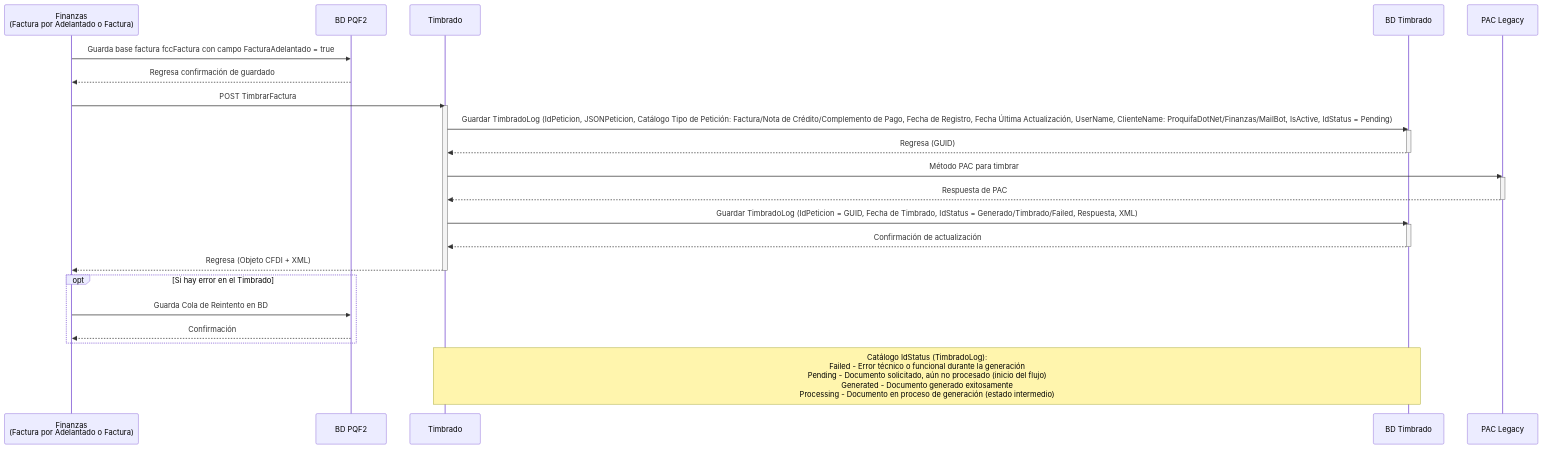
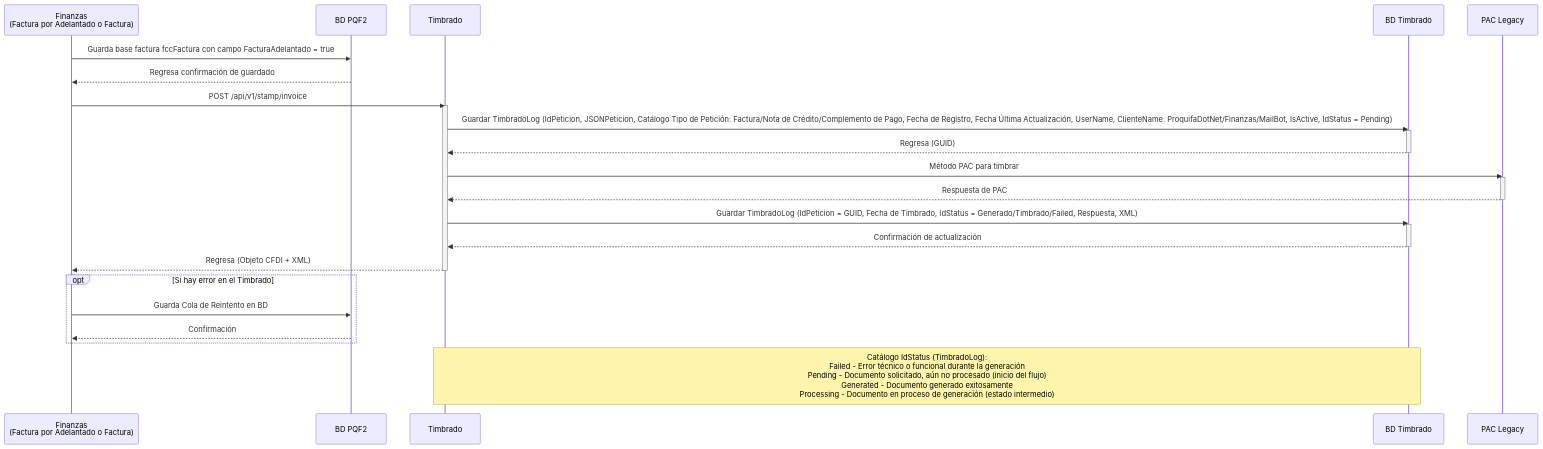
One commit to JuanGarciaRyndem/R16-Documentacion changed the diagram in Diagramas/Canvas/Diagrama Secuencia Finanzas y Timbrado Factura.mmd. Above: the diagram before and after it, drawn with Mermaid. The commit also changed 47 other files, not shown here.

```diff
--- a/Diagramas/Canvas/Diagrama Secuencia Finanzas y Timbrado Factura.mmd
+++ b/Diagramas/Canvas/Diagrama Secuencia Finanzas y Timbrado Factura.mmd
@@ -1,37 +1,37 @@
 sequenceDiagram
     participant F as Finanzas<br/>(Factura por Adelantado o Factura)
     participant BDPQF2 as BD PQF2
     participant T as Timbrado
     participant BDT as BD Timbrado
     participant PAC as PAC Legacy
 
     F->>BDPQF2: Guarda base factura fccFactura con campo FacturaAdelantado = true
     BDPQF2-->>F: Regresa confirmación de guardado
 
-    F->>T: POST TimbrarFactura
+    F->>T: POST /api/v1/stamp/invoice
     activate T
 
     T->>BDT: Guardar TimbradoLog (IdPeticion, JSONPeticion, Catálogo Tipo de Petición: Factura/Nota de Crédito/Complemento de Pago, Fecha de Registro, Fecha Última Actualización, UserName, ClienteName: ProquifaDotNet/Finanzas/MailBot, IsActive, IdStatus = Pending)
     activate BDT
     BDT-->>T: Regresa (GUID)
     deactivate BDT
 
     T->>PAC: Método PAC para timbrar
     activate PAC
     PAC-->>T: Respuesta de PAC
     deactivate PAC
 
     T->>BDT: Guardar TimbradoLog (IdPeticion = GUID, Fecha de Timbrado, IdStatus = Generado/Timbrado/Failed, Respuesta, XML)
     activate BDT
     BDT-->>T: Confirmación de actualización
     deactivate BDT
 
     T-->>F: Regresa (Objeto CFDI + XML)
     deactivate T
 
     opt Si hay error en el Timbrado
         F->>BDPQF2: Guarda Cola de Reintento en BD
         BDPQF2-->>F: Confirmación
     end
 
     Note over T,BDT: Catálogo IdStatus (TimbradoLog):<br/>Failed - Error técnico o funcional durante la generación<br/>Pending - Documento solicitado, aún no procesado (inicio del flujo)<br/>Generated - Documento generado exitosamente<br/>Processing - Documento en proceso de generación (estado intermedio)
```
